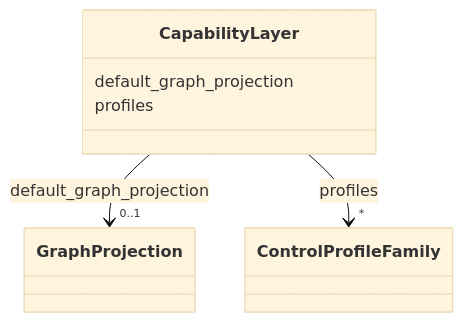
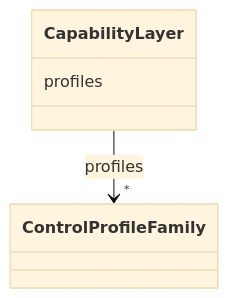
One commit to pals-project/pals-facility-config changed the diagram in docs_narad/CapabilityLayer.md. Above: the diagram before and after it, drawn with Mermaid (base theme). The commit also changed other lines of this file and 235 other files, not shown here.

Commit message:
aligned schema to SOSA SNN, gen-project gendocs and validate all work

````diff
--- a/docs_narad/CapabilityLayer.md
+++ b/docs_narad/CapabilityLayer.md
@@ -18,28 +18,17 @@
 ```mermaid
  classDiagram
     class CapabilityLayer
     click CapabilityLayer href "../CapabilityLayer/"
-      CapabilityLayer : default_graph_projection
-        
-          
-    
-        
-        
-        CapabilityLayer --> "0..1" GraphProjection : default_graph_projection
-        click GraphProjection href "../GraphProjection/"
-    
-
-        
       CapabilityLayer : profiles
         
           
     
         
         
         CapabilityLayer --> "*" ControlProfileFamily : profiles
         click ControlProfileFamily href "../ControlProfileFamily/"
     
 
         
       
 ```
````
